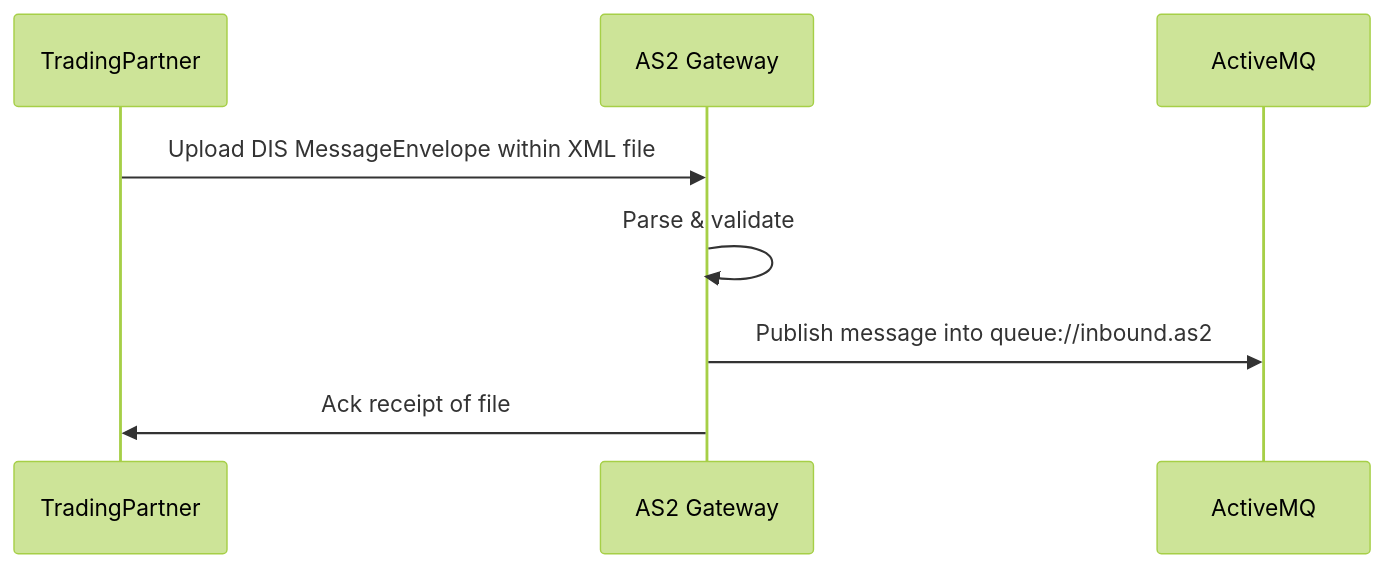
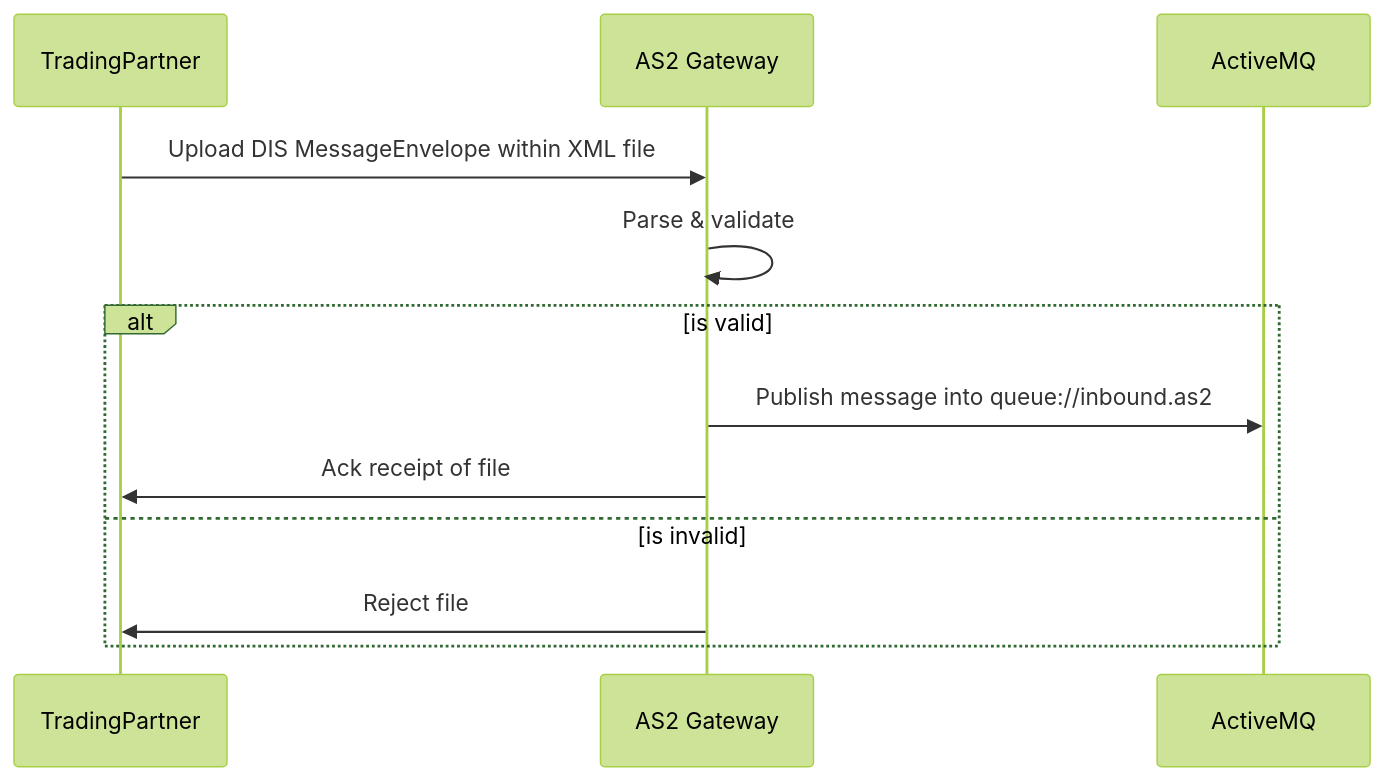
Before and after one commit to as2network/as2ng: the diagram in docs/gateways/as2/submission.md, drawn with Mermaid (forest theme).

Commit message:
doc: improve as2 submission sequence

````diff
--- a/docs/gateways/as2/submission.md
+++ b/docs/gateways/as2/submission.md
@@ -3,7 +3,11 @@
 ```mermaid
 sequenceDiagram
     TradingPartner ->> AS2 Gateway: Upload DIS MessageEnvelope within XML file
     AS2 Gateway ->> AS2 Gateway: Parse & validate
-    AS2 Gateway ->> ActiveMQ: Publish message into queue://inbound.as2    
-    AS2 Gateway ->> TradingPartner: Ack receipt of file          
+    alt is valid
+        AS2 Gateway ->> ActiveMQ: Publish message into queue://inbound.as2
+        AS2 Gateway ->> TradingPartner: Ack receipt of file
+    else is invalid
+        AS2 Gateway ->> TradingPartner: Reject file
+    end                  
 ```
````
